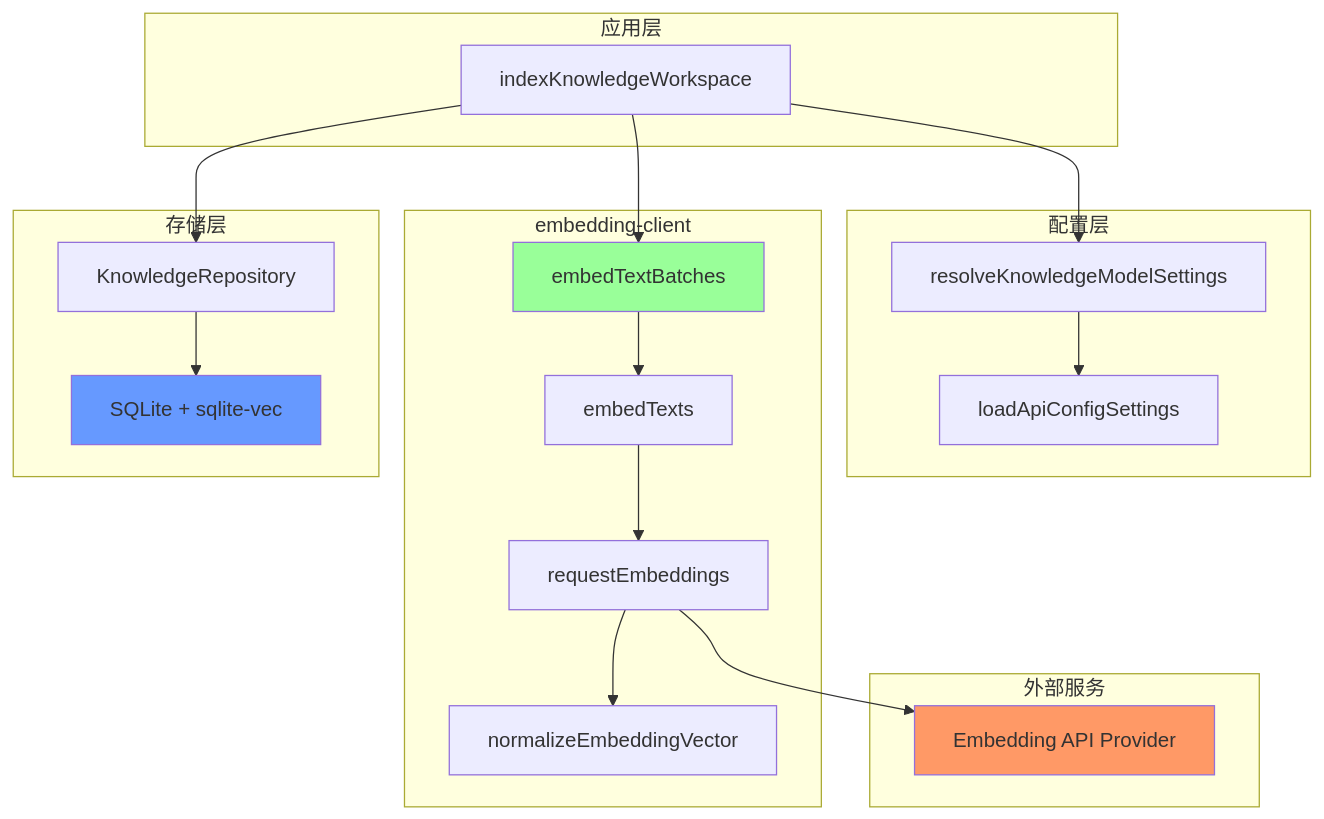
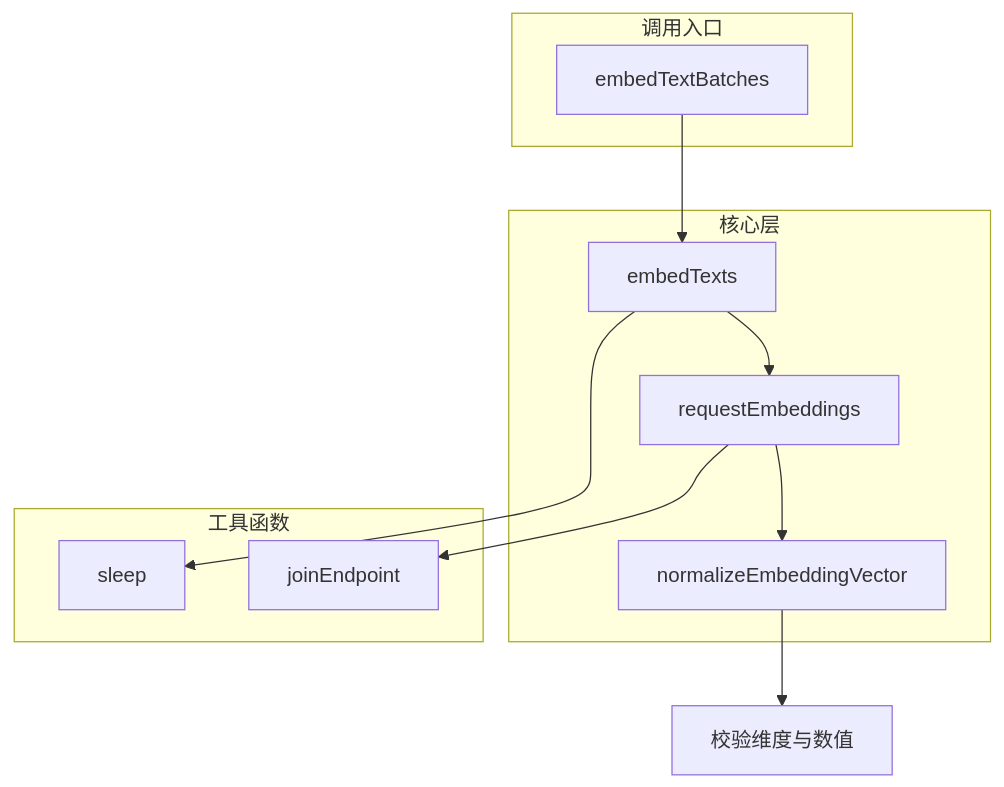
One commit to lst016/tech-cc-hub changed the first of 4 diagrams in .tech/repowiki/zh/content/核心模块规格/知识库后端引擎总览/知识库后端引擎：embedding client.md. Above: the diagram before and after it, drawn with Mermaid. The commit also changed other lines of this file and 176 other files, not shown here.

````diff
--- a/.tech/repowiki/zh/content/核心模块规格/知识库后端引擎总览/知识库后端引擎：embedding client.md
+++ b/.tech/repowiki/zh/content/核心模块规格/知识库后端引擎总览/知识库后端引擎：embedding client.md
@@ -278,41 +93,21 @@
 ```mermaid
 flowchart TD
-    subgraph 应用层
-        A[indexKnowledgeWorkspace]
+    subgraph "调用入口"
+        A[embedTextBatches]
     end
 
-    subgraph 配置层
-        B[resolveKnowledgeModelSettings]
-        C[loadApiConfigSettings]
+    subgraph "核心层"
+        A --> B[embedTexts]
+        B --> C[requestEmbeddings]
+        C --> D[normalizeEmbeddingVector]
     end
 
-    subgraph embedding-client
-        D[embedTextBatches]
-        E[embedTexts]
-        F[requestEmbeddings]
-        G[normalizeEmbeddingVector]
+    subgraph "工具函数"
+        E[joinEndpoint]
+        F[sleep]
     end
 
-    subgraph 外部服务
-        H[Embedding API Provider]
-    end
-
-    subgraph 存储层
-        I[KnowledgeRepository]
-        J[SQLite + sqlite-vec]
-    end
-
-    A --> B
-    B --> C
-    A --> D
-    D --> E
-    E --> F
-    F --> G
-    F --> H
-    A --> I
-    I --> J
-
-    style H fill:#f96
-    style D fill:#9f9
-    style J fill:#69f
+    C --> E
+    B --> F
+    D --> G[校验维度与数值]
 ```
````
